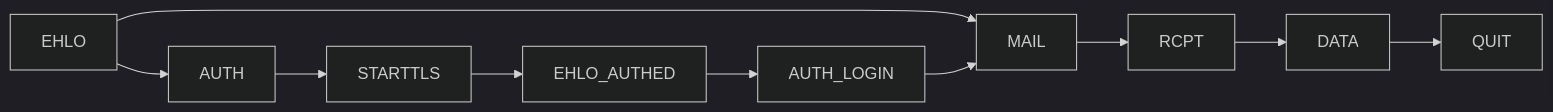
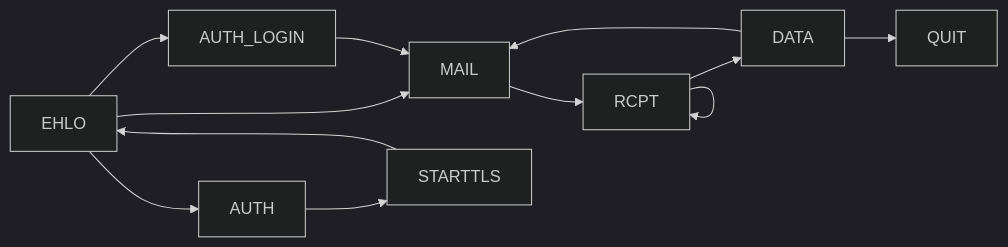
The third of 4 diagrams in EPI/4-1/Ing_Svcs/4. Correo Electrónico.md (alexZeLoCO/vault-101), drawn with Mermaid (dark theme) before and after one commit. The commit also changed other lines of this file and 1 other file, not shown here.

````diff
--- a/EPI/4-1/Ing_Svcs/4. Correo Electrónico.md
+++ b/EPI/4-1/Ing_Svcs/4. Correo Electrónico.md
@@ -80,5 +174,7 @@
 ```mermaid
 flowchart LR
 	EHLO --> MAIL & AUTH
-	AUTH --> STARTTLS --> EHLO_AUTHED --> AUTH_LOGIN --> MAIL --> RCPT --> DATA --> QUIT
+	AUTH --> STARTTLS --> EHLO --> AUTH_LOGIN --> MAIL --> RCPT --> DATA --> QUIT
+	RCPT --> RCPT
+	DATA --> MAIL
 ```
````
